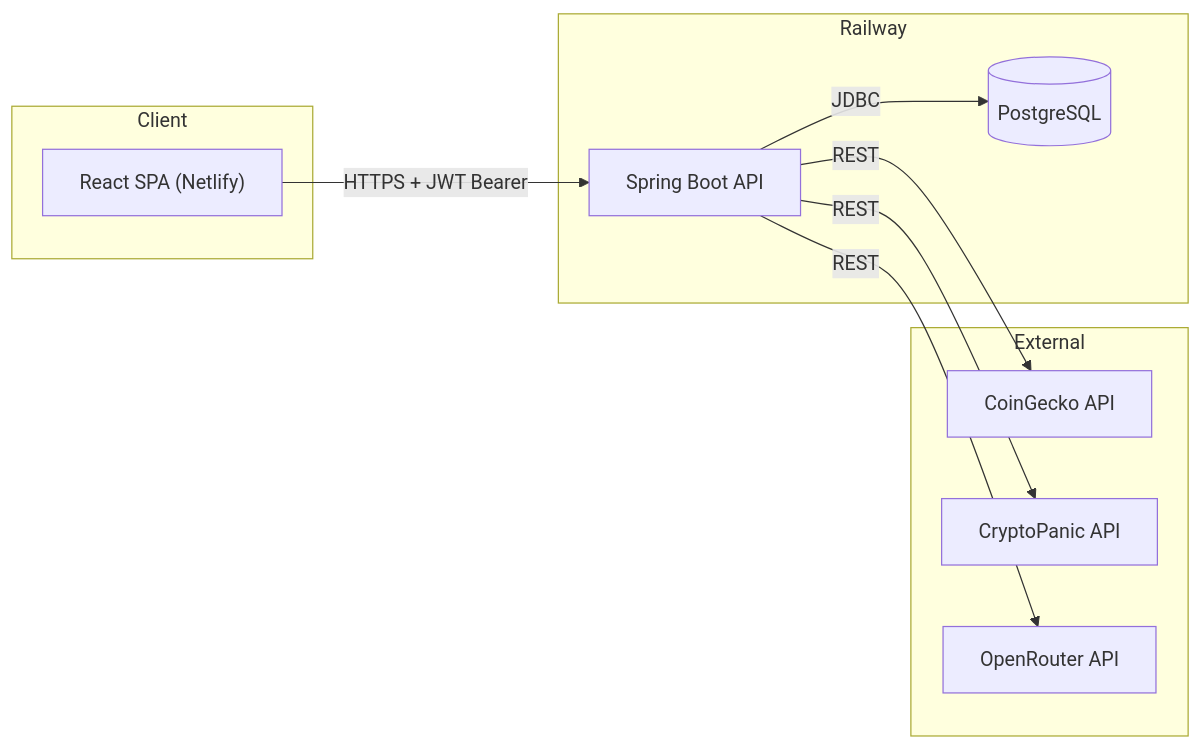
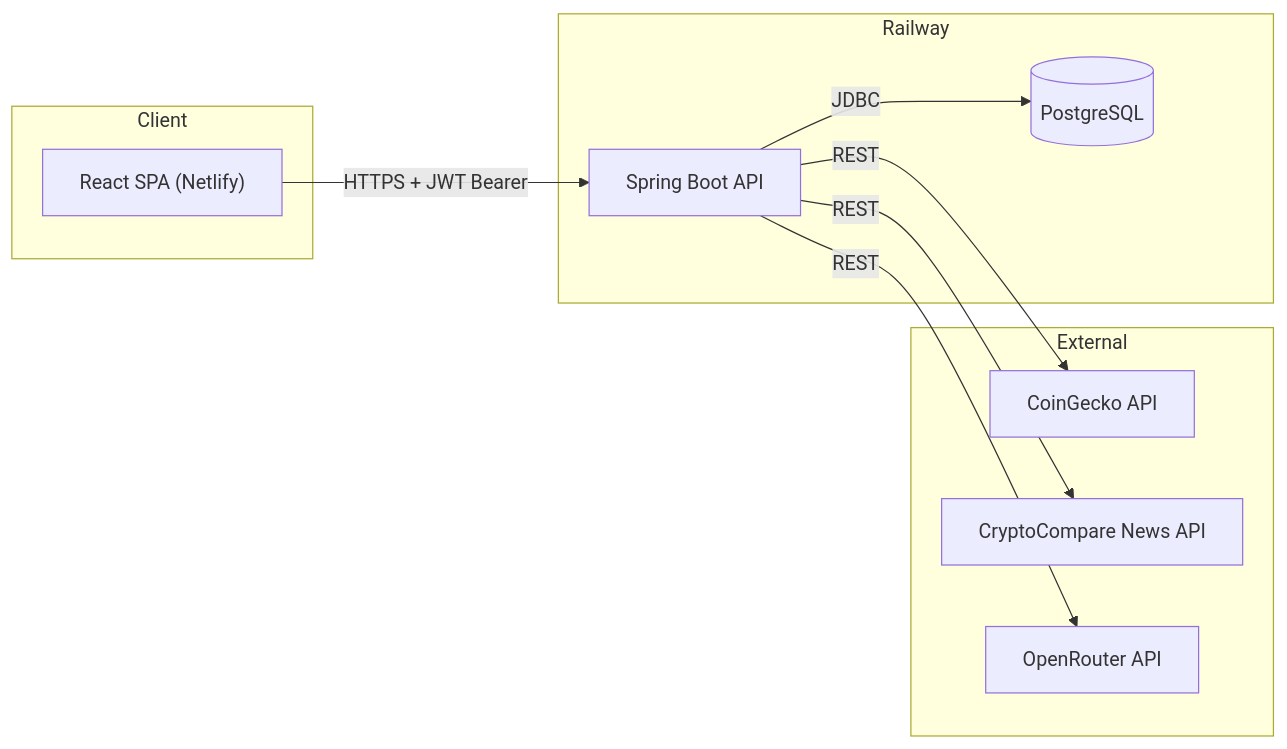
One commit to DavidSalmon13/AI-Crypto-Advisor changed the first of 3 diagrams in specs.md. Above: the diagram before and after it, drawn with Mermaid. The commit also changed other lines of this file and 3 other files, not shown here.

First line of the commit message:
Replace CryptoPanic with CryptoCompare News API as the news provider

````diff
--- a/specs.md
+++ b/specs.md
@@ -68,21 +68,21 @@
 ```mermaid
 flowchart LR
     subgraph Client
         FE["React SPA (Netlify)"]
     end
     subgraph Server["Railway"]
         BE["Spring Boot API"]
         DB[(PostgreSQL)]
     end
     subgraph External
         CG["CoinGecko API"]
-        CP["CryptoPanic API"]
+        CC["CryptoCompare News API"]
         OR["OpenRouter API"]
     end
 
     FE -- "HTTPS + JWT Bearer" --> BE
     BE -- JDBC --> DB
     BE -- REST --> CG
-    BE -- REST --> CP
+    BE -- REST --> CC
     BE -- REST --> OR
 ```
````
